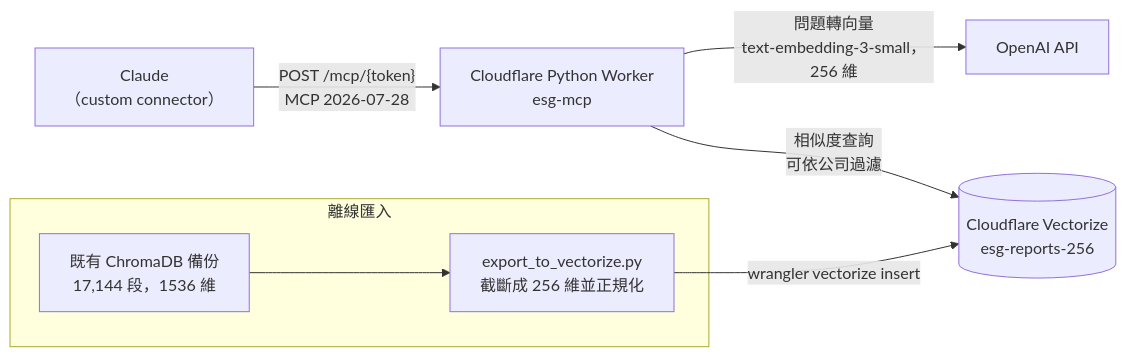
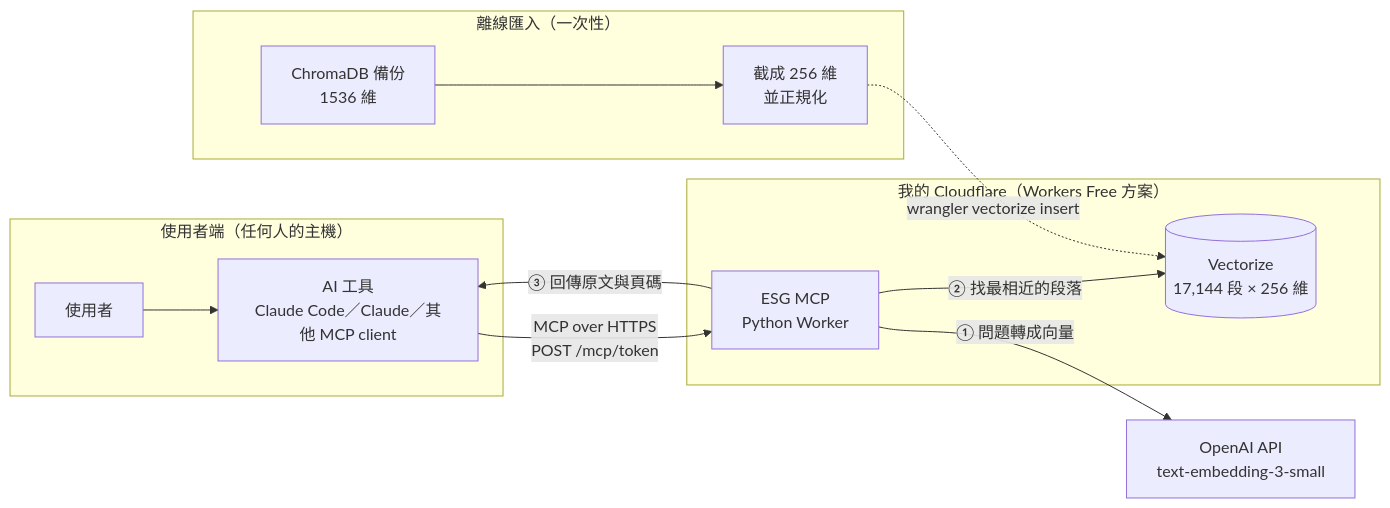
One commit to WilliamCHIU-ETH/MCP_ESG_index50 changed the first of 2 diagrams in README.md. Above: the diagram before and after it, drawn with Mermaid. The commit also changed other lines of this file, not shown here.

````diff
--- a/README.md
+++ b/README.md
@@ -36,10 +47,23 @@
 ```mermaid
 flowchart LR
-    C["Claude<br/>（custom connector）"] -->|"POST /mcp/{token}<br/>MCP 2026-07-28"| W["Cloudflare Python Worker<br/>esg-mcp"]
-    W -->|"問題轉向量<br/>text-embedding-3-small，256 維"| O["OpenAI API"]
-    W -->|"相似度查詢<br/>可依公司過濾"| V[("Cloudflare Vectorize<br/>esg-reports-256")]
-    subgraph offline["離線匯入"]
-        B["既有 ChromaDB 備份<br/>17,144 段，1536 維"] --> E["export_to_vectorize.py<br/>截斷成 256 維並正規化"]
+    subgraph client["使用者端（任何人的主機）"]
+        U["使用者"] --> A["AI 工具<br/>Claude Code／Claude／其他 MCP client"]
     end
-    E -->|"wrangler vectorize insert"| V
+
+    subgraph cf["我的 Cloudflare（Workers Free 方案）"]
+        W["ESG MCP<br/>Python Worker"]
+        V[("Vectorize<br/>17,144 段 × 256 維")]
+    end
+
+    O["OpenAI API<br/>text-embedding-3-small"]
+
+    A -->|"MCP over HTTPS<br/>POST /mcp/token"| W
+    W -->|"① 問題轉成向量"| O
+    W -->|"② 找最相近的段落"| V
+    W -->|"③ 回傳原文與頁碼"| A
+
+    subgraph offline["離線匯入（一次性）"]
+        B["ChromaDB 備份<br/>1536 維"] --> X["截成 256 維<br/>並正規化"]
+    end
+    X -.->|"wrangler vectorize insert"| V
 ```
````
